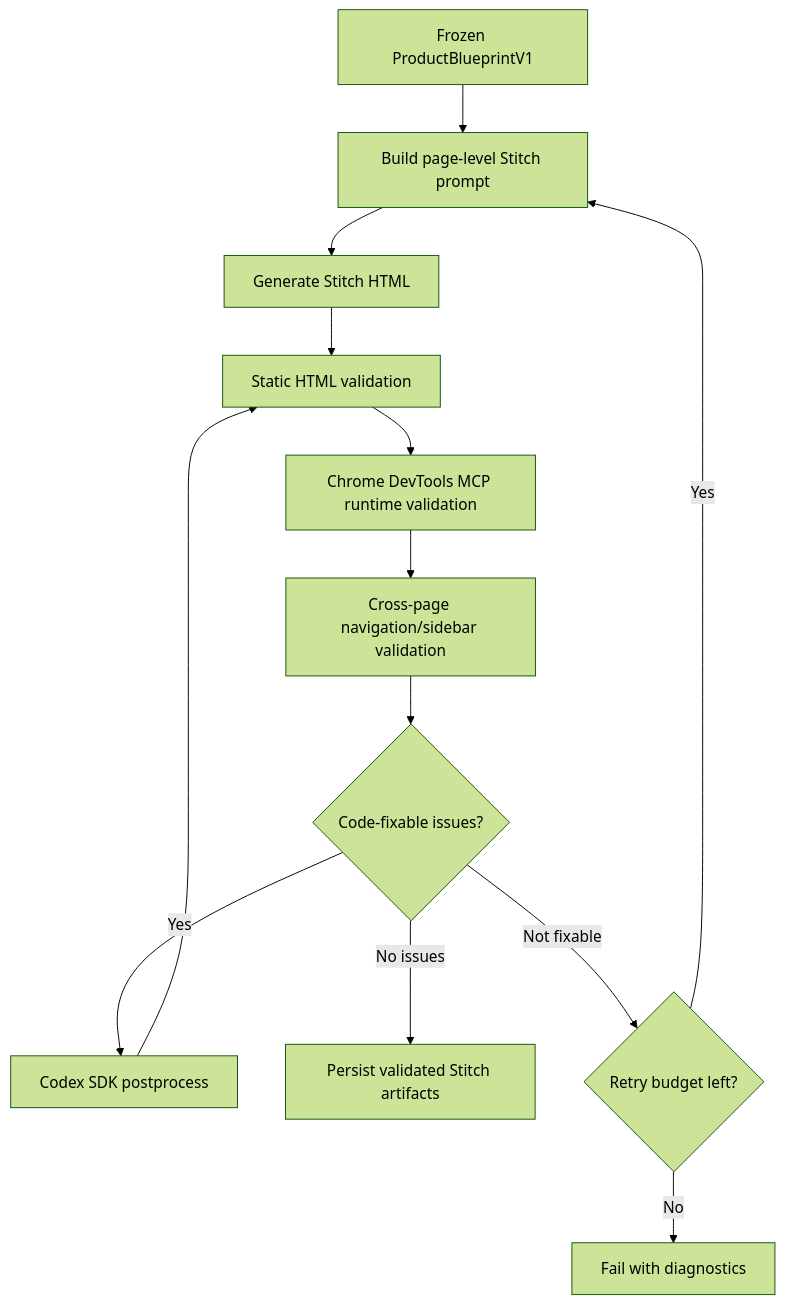
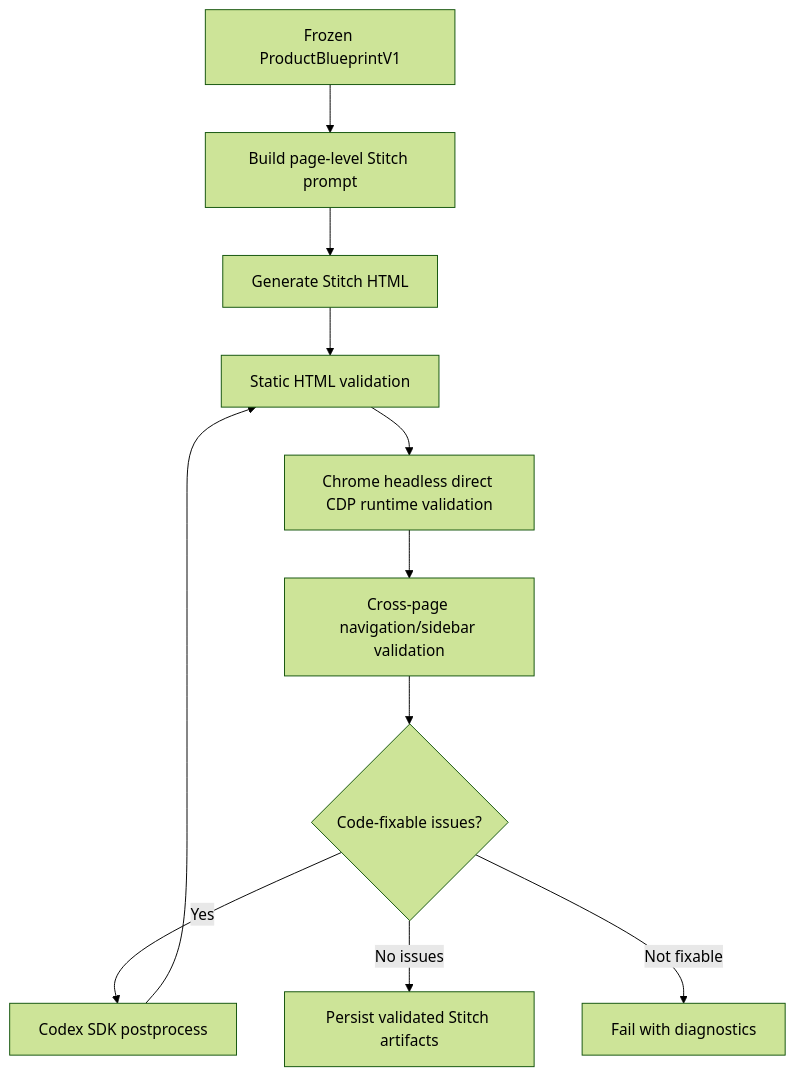
Before and after one commit to CharlieHasAHeart/stitch2react: the third of 3 diagrams in docs/current-pipeline-mermaid.md, drawn with Mermaid (forest theme). The commit also changed other lines of this file and 41 other files, not shown here.

````diff
--- a/docs/current-pipeline-mermaid.md
+++ b/docs/current-pipeline-mermaid.md
@@ -65,15 +62,13 @@
 ```mermaid
 flowchart TD
   A["Frozen ProductBlueprintV1"] --> B["Build page-level Stitch prompt"]
   B --> C["Generate Stitch HTML"]
   C --> D["Static HTML validation"]
-  D --> E["Chrome DevTools MCP runtime validation"]
+  D --> E["Chrome headless direct CDP runtime validation"]
   E --> F["Cross-page navigation/sidebar validation"]
   F --> G{"Code-fixable issues?"}
   G -->|Yes| H["Codex SDK postprocess"]
   H --> D
   G -->|No issues| I["Persist validated Stitch artifacts"]
-  G -->|Not fixable| J{"Retry budget left?"}
-  J -->|Yes| B
-  J -->|No| K["Fail with diagnostics"]
+  G -->|Not fixable| K["Fail with diagnostics"]
 ```
````
